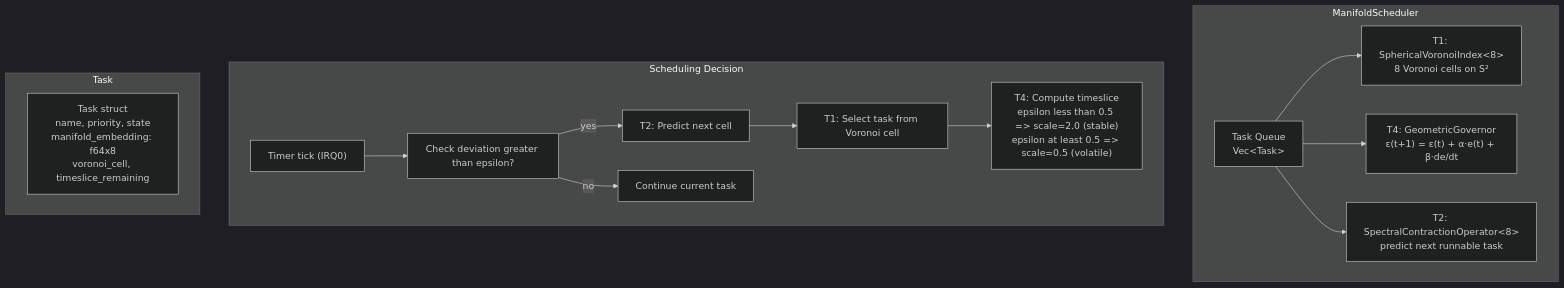
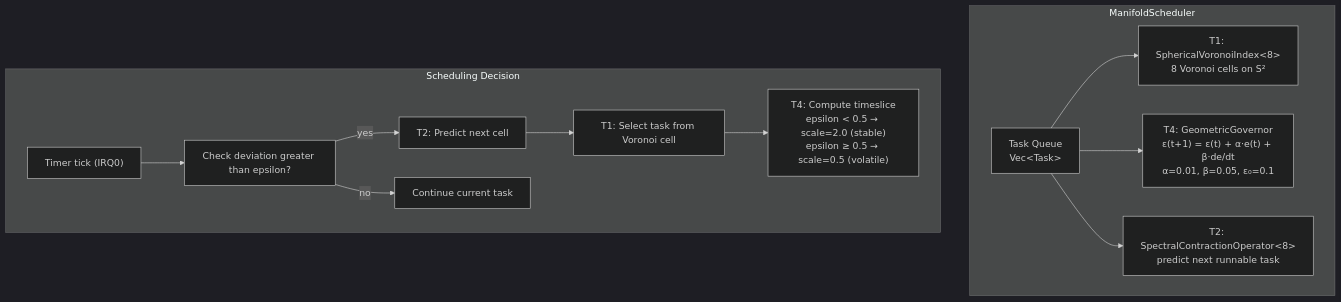
One commit to teerthsharma/Epsilon-Hollow changed the sixth of 12 diagrams in README.md. Above: the diagram before and after it, drawn with Mermaid (dark theme). The commit also changed other lines of this file and 61 other files, not shown here.

````diff
--- a/README.md
+++ b/README.md
@@ -741,25 +762,21 @@
 ```mermaid
 graph TD
     subgraph SG29["ManifoldScheduler"]
         TASKS["Task Queue<br/>Vec&lt;Task&gt;"]
         VOR["T1: SphericalVoronoiIndex&lt;8&gt;<br/>8 Voronoi cells on S²"]
-        GOV["T4: GeometricGovernor<br/>ε(t+1) = ε(t) + α·e(t) + β·de/dt"]
+        GOV["T4: GeometricGovernor<br/>ε(t+1) = ε(t) + α·e(t) + β·de/dt<br/>α=0.01, β=0.05, ε₀=0.1"]
         PRED["T2: SpectralContractionOperator&lt;8&gt;<br/>predict next runnable task"]
     end
 
     subgraph SG30["Scheduling Decision"]
         TICK["Timer tick (IRQ0)"] --> CHECK["Check deviation greater than epsilon?"]
         CHECK -->|yes| PREDICT["T2: Predict next cell"]
         PREDICT --> CELL["T1: Select task from Voronoi cell"]
-        CELL --> TIMESLICE["T4: Compute timeslice<br/>epsilon less than 0.5 => scale=2.0 (stable)<br/>epsilon at least 0.5 => scale=0.5 (volatile)"]
+        CELL --> TIMESLICE["T4: Compute timeslice<br/>epsilon < 0.5 → scale=2.0 (stable)<br/>epsilon ≥ 0.5 → scale=0.5 (volatile)"]
         CHECK -->|no| CONTINUE["Continue current task"]
-    end
-
-    subgraph SG31["Task"]
-        T["Task struct<br/>name, priority, state<br/>manifold_embedding: f64x8<br/>voronoi_cell, timeslice_remaining"]
     end
 
     TASKS --> VOR
     TASKS --> GOV
     TASKS --> PRED
 ```
````
